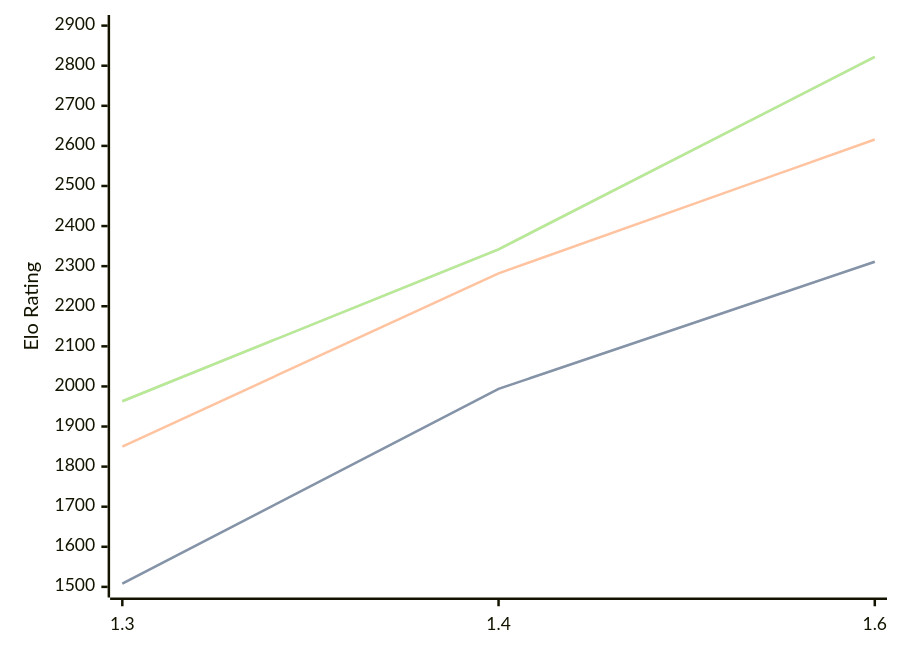
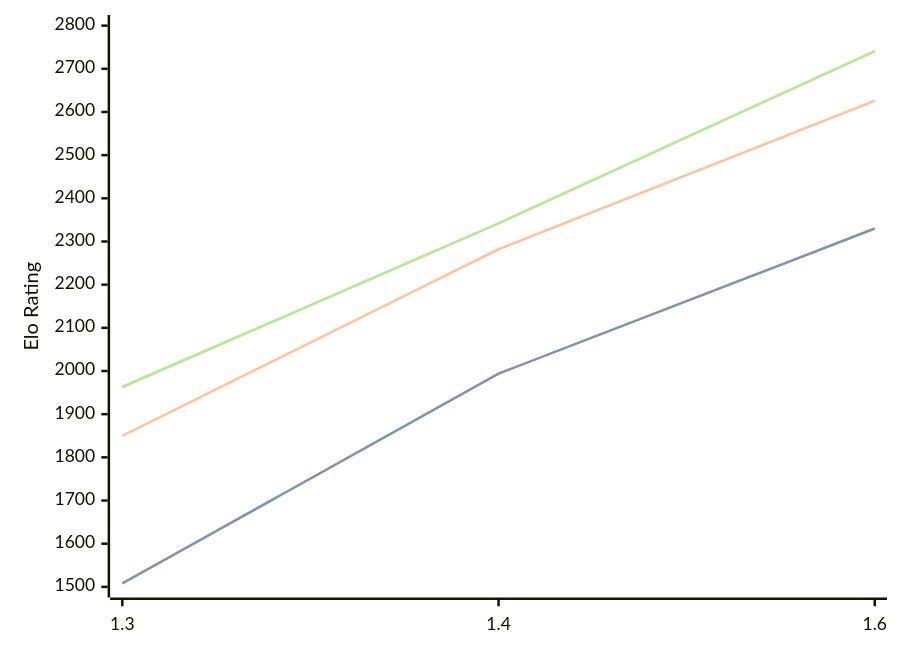
One commit to computer-chess-index/cci changed the first of 3 diagrams in engines/Facon.md. Above: the diagram before and after it, drawn with Mermaid. The commit also changed other lines of this file, not shown here.

Commit message:
Update CCI Ratings (ELO VLTC) - 2026-06-16

````diff
--- a/engines/Facon.md
+++ b/engines/Facon.md
@@ -37,11 +37,11 @@
 ```mermaid
 %%{init: {"theme":"base","themeVariables":{"seriesColors:['#a3a3a3','#222221','#faa371']}}}%%
 xychart-beta
   x-axis ["1.3", "1.4", "1.6"]
-  y-axis "Elo Rating" 1500 --> 2900
-  line "STC (8.0+0.08s)" [1508, 1994, 2311]
-  line "STC (8.0+0.08s)" [1508, 1994, 2311]
-  line "LTC (60.0+0.60s)" [1850, 2282, 2616]
-  line "VLTC (2m24s+1.12s)" [1963, 2342, 2822]
-  line "VLTC (2m24s+1.12s)" [1963, 2342, 2822]
+  y-axis "Elo Rating" 1500 --> 2800
+  line "STC (8.0+0.08s)" [1508, 1994, 2330]
+  line "STC (8.0+0.08s)" [1508, 1994, 2330]
+  line "LTC (60.0+0.60s)" [1850, 2282, 2626]
+  line "VLTC (2m24s+1.12s)" [1963, 2342, 2741]
+  line "VLTC (2m24s+1.12s)" [1963, 2342, 2741]
 ```
````
